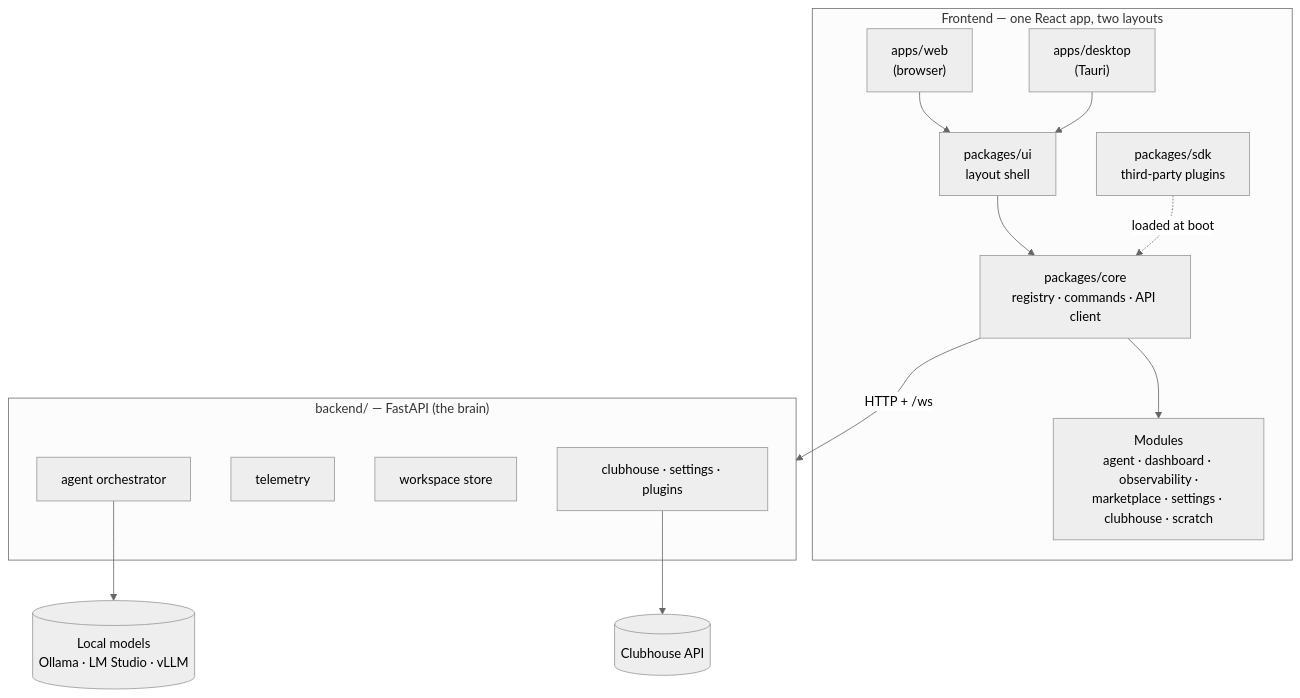
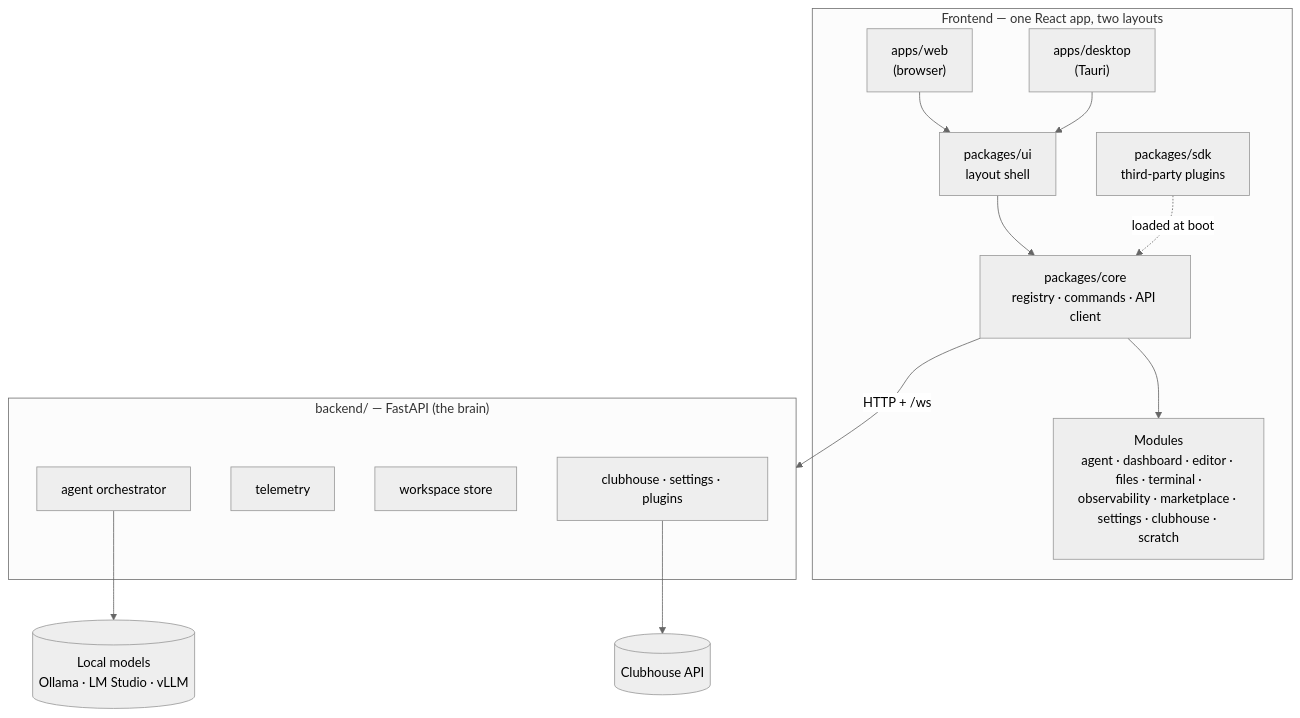
One commit to ConstCorrectness/horrible-dashboard changed the diagram in docs/README.mdx. Above: the diagram before and after it, drawn with Mermaid (neutral theme). The commit also changed other lines of this file and 66 other files, not shown here.

````diff
--- a/docs/README.mdx
+++ b/docs/README.mdx
@@ -18,28 +18,28 @@
 ```mermaid
 flowchart TB
     subgraph FE["Frontend — one React app, two layouts"]
         Web["apps/web<br/>(browser)"]
         Desk["apps/desktop<br/>(Tauri)"]
         UI["packages/ui<br/>layout shell"]
         Core["packages/core<br/>registry · commands · API client"]
-        Mods["Modules<br/>agent · dashboard · observability ·<br/>marketplace · settings · clubhouse · scratch"]
+        Mods["Modules<br/>agent · dashboard · editor · files · terminal ·<br/>observability · marketplace · settings · clubhouse · scratch"]
         SDK["packages/sdk<br/>third-party plugins"]
     end
     subgraph BE["backend/ — FastAPI (the brain)"]
         Agent["agent orchestrator"]
         Tel["telemetry"]
         WSrv["workspace store"]
         Other["clubhouse · settings · plugins"]
     end
     Ext[("Local models<br/>Ollama · LM Studio · vLLM")]
     CH[("Clubhouse API")]
 
     Web --> UI
     Desk --> UI
     UI --> Core
     Core --> Mods
     SDK -. "loaded at boot" .-> Core
     Core -->|"HTTP + /ws"| BE
     Agent --> Ext
     Other --> CH
 ```
````
